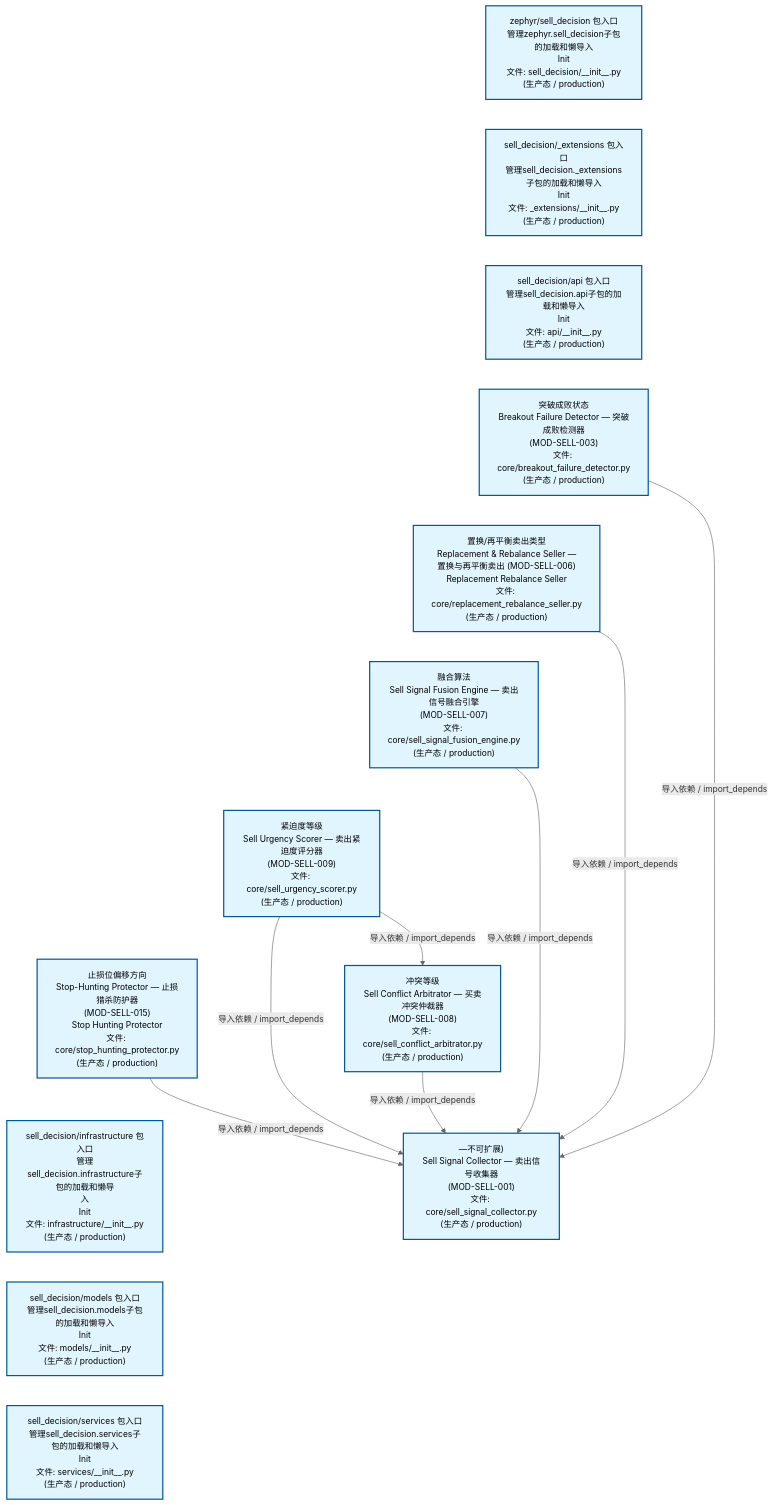
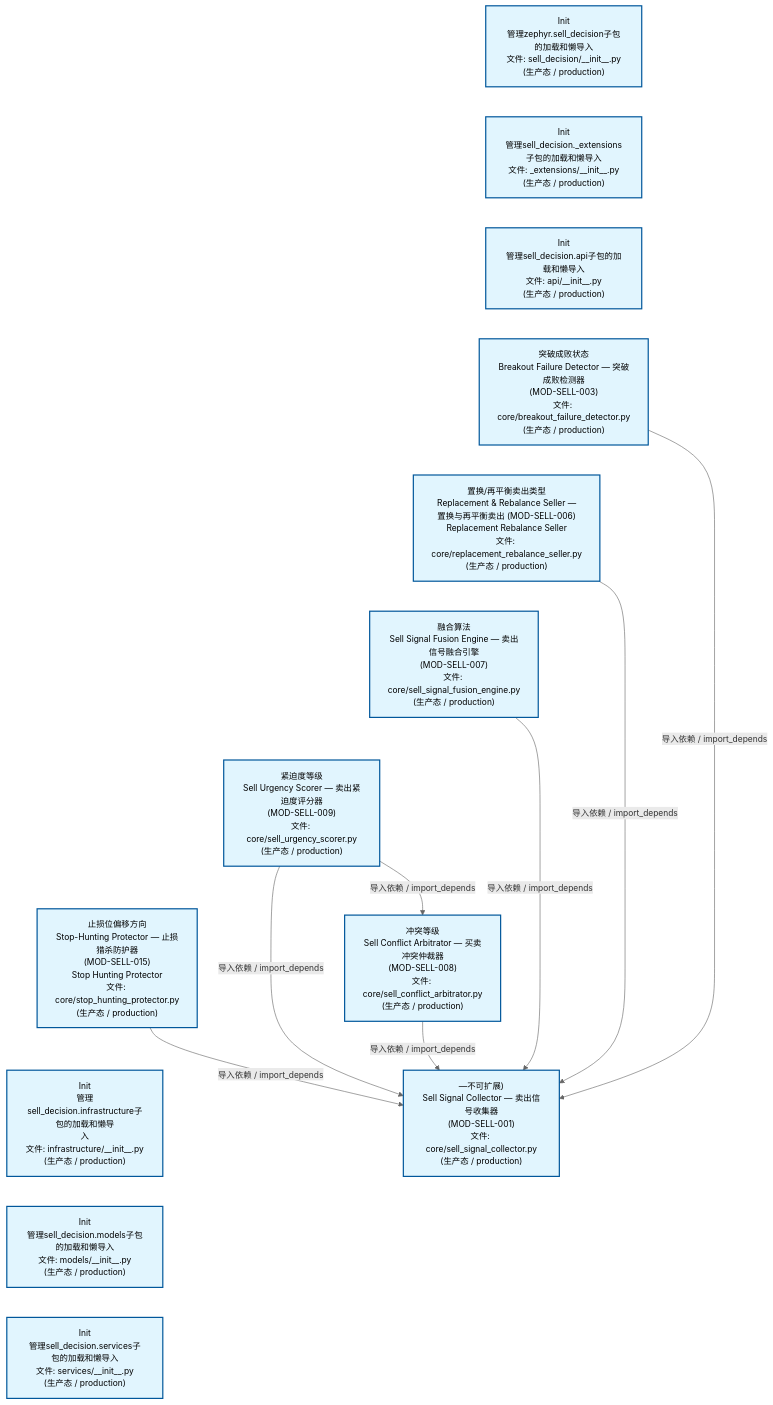
The second of 4 diagrams in docs/02_enterprise_architecture/02_domain_architecture_docs/67_d_sell_decision.md (xuanFelixVan/ZephyrAlpha), drawn with Mermaid before and after one commit. The commit also changed other lines of this file and 51 other files, not shown here.

````diff
--- a/docs/02_enterprise_architecture/02_domain_architecture_docs/67_d_sell_decision.md
+++ b/docs/02_enterprise_architecture/02_domain_architecture_docs/67_d_sell_decision.md
@@ -150,39 +150,39 @@
 ```mermaid
 %%{init: {'theme': 'base', 'themeVariables': {'primaryColor': '#eaeaea', 'primaryTextColor': '#333333', 'primaryBorderColor': '#666666', 'lineColor': '#666666', 'secondaryColor': '#eaeaea', 'tertiaryColor': '#eaeaea', 'fontSize': '14px'}}}%%
 flowchart TD
-    src_zephyr_sell_decision_init_py["zephyr/sell_decision 包入口<br/>管理zephyr.sell_decision子包的加载和懒导入<br/>Init<br/>文件: sell_decision/__init__.py<br/>(生产态 / production)"]
-    src_zephyr_sell_decision_extensions_init_py["sell_decision/_extensions 包入口<br/>管理sell_decision._extensions子包的加载和懒导入<br/>Init<br/>文件: _extensions/__init__.py<br/>(生产态 / production)"]
-    src_zephyr_sell_decision_api_init_py["sell_decision/api 包入口<br/>管理sell_decision.api子包的加载和懒导入<br/>Init<br/>文件: api/__init__.py<br/>(生产态 / production)"]
+    src_zephyr_sell_decision_init_py["Init<br/>管理zephyr.sell_decision子包的加载和懒导入<br/>文件: sell_decision/__init__.py<br/>(生产态 / production)"]
+    src_zephyr_sell_decision_extensions_init_py["Init<br/>管理sell_decision._extensions子包的加载和懒导入<br/>文件: _extensions/__init__.py<br/>(生产态 / production)"]
+    src_zephyr_sell_decision_api_init_py["Init<br/>管理sell_decision.api子包的加载和懒导入<br/>文件: api/__init__.py<br/>(生产态 / production)"]
     src_zephyr_sell_decision_core_breakout_failure_detector_py["突破成败状态<br/>Breakout Failure Detector — 突破成败检测器<br/>(MOD-SELL-003)<br/>文件: core/breakout_failure_detector.py<br/>(生产态 / production)"]
     src_zephyr_sell_decision_core_replacement_rebalance_seller_py["置换/再平衡卖出类型<br/>Replacement & Rebalance Seller —<br/>置换与再平衡卖出 (MOD-SELL-006)<br/>Replacement Rebalance Seller<br/>文件: core/replacement_rebalance_seller.py<br/>(生产态 / production)"]
     src_zephyr_sell_decision_core_sell_signal_fusion_engine_py["融合算法<br/>Sell Signal Fusion Engine — 卖出信号融合引擎<br/>(MOD-SELL-007)<br/>文件: core/sell_signal_fusion_engine.py<br/>(生产态 / production)"]
     src_zephyr_sell_decision_core_sell_urgency_scorer_py["紧迫度等级<br/>Sell Urgency Scorer — 卖出紧迫度评分器<br/>(MOD-SELL-009)<br/>文件: core/sell_urgency_scorer.py<br/>(生产态 / production)"]
     src_zephyr_sell_decision_core_stop_hunting_protector_py["止损位偏移方向<br/>Stop-Hunting Protector — 止损猎杀防护器<br/>(MOD-SELL-015)<br/>Stop Hunting Protector<br/>文件: core/stop_hunting_protector.py<br/>(生产态 / production)"]
-    src_zephyr_sell_decision_infrastructure_init_py["sell_decision/infrastructure 包入口<br/>管理sell_decision.infrastructure子包的加载和懒导<br/>入<br/>Init<br/>文件: infrastructure/__init__.py<br/>(生产态 / production)"]
-    src_zephyr_sell_decision_models_init_py["sell_decision/models 包入口<br/>管理sell_decision.models子包的加载和懒导入<br/>Init<br/>文件: models/__init__.py<br/>(生产态 / production)"]
-    src_zephyr_sell_decision_services_init_py["sell_decision/services 包入口<br/>管理sell_decision.services子包的加载和懒导入<br/>Init<br/>文件: services/__init__.py<br/>(生产态 / production)"]
+    src_zephyr_sell_decision_infrastructure_init_py["Init<br/>管理sell_decision.infrastructure子包的加载和懒导<br/>入<br/>文件: infrastructure/__init__.py<br/>(生产态 / production)"]
+    src_zephyr_sell_decision_models_init_py["Init<br/>管理sell_decision.models子包的加载和懒导入<br/>文件: models/__init__.py<br/>(生产态 / production)"]
+    src_zephyr_sell_decision_services_init_py["Init<br/>管理sell_decision.services子包的加载和懒导入<br/>文件: services/__init__.py<br/>(生产态 / production)"]
     src_zephyr_sell_decision_init_py ~~~ src_zephyr_sell_decision_extensions_init_py
     src_zephyr_sell_decision_extensions_init_py ~~~ src_zephyr_sell_decision_api_init_py
     src_zephyr_sell_decision_api_init_py ~~~ src_zephyr_sell_decision_core_breakout_failure_detector_py
     src_zephyr_sell_decision_core_breakout_failure_detector_py ~~~ src_zephyr_sell_decision_core_replacement_rebalance_seller_py
     src_zephyr_sell_decision_core_replacement_rebalance_seller_py ~~~ src_zephyr_sell_decision_core_sell_signal_fusion_engine_py
     src_zephyr_sell_decision_core_sell_signal_fusion_engine_py ~~~ src_zephyr_sell_decision_core_sell_urgency_scorer_py
     src_zephyr_sell_decision_core_sell_urgency_scorer_py ~~~ src_zephyr_sell_decision_core_stop_hunting_protector_py
     src_zephyr_sell_decision_core_stop_hunting_protector_py ~~~ src_zephyr_sell_decision_infrastructure_init_py
     src_zephyr_sell_decision_infrastructure_init_py ~~~ src_zephyr_sell_decision_models_init_py
     src_zephyr_sell_decision_models_init_py ~~~ src_zephyr_sell_decision_services_init_py
     src_zephyr_sell_decision_core_sell_conflict_arbitrator_py["冲突等级<br/>Sell Conflict Arbitrator — 买卖冲突仲裁器<br/>(MOD-SELL-008)<br/>文件: core/sell_conflict_arbitrator.py<br/>(生产态 / production)"]
     src_zephyr_sell_decision_core_sell_signal_collector_py["—不可扩展)<br/>Sell Signal Collector — 卖出信号收集器<br/>(MOD-SELL-001)<br/>文件: core/sell_signal_collector.py<br/>(生产态 / production)"]
     src_zephyr_sell_decision_core_replacement_rebalance_seller_py -->|导入依赖 / import_depends| src_zephyr_sell_decision_core_sell_signal_collector_py
     src_zephyr_sell_decision_core_sell_signal_fusion_engine_py -->|导入依赖 / import_depends| src_zephyr_sell_decision_core_sell_signal_collector_py
     src_zephyr_sell_decision_core_sell_conflict_arbitrator_py -->|导入依赖 / import_depends| src_zephyr_sell_decision_core_sell_signal_collector_py
     src_zephyr_sell_decision_core_sell_urgency_scorer_py -->|导入依赖 / import_depends| src_zephyr_sell_decision_core_sell_signal_collector_py
     src_zephyr_sell_decision_core_sell_urgency_scorer_py -->|导入依赖 / import_depends| src_zephyr_sell_decision_core_sell_conflict_arbitrator_py
     src_zephyr_sell_decision_core_stop_hunting_protector_py -->|导入依赖 / import_depends| src_zephyr_sell_decision_core_sell_signal_collector_py
     src_zephyr_sell_decision_core_breakout_failure_detector_py -->|导入依赖 / import_depends| src_zephyr_sell_decision_core_sell_signal_collector_py
     classDef production fill:#e1f5fe,stroke:#01579b,stroke-width:2px,color:#000
     classDef design fill:#fff3e0,stroke:#e65100,stroke-width:2px,color:#000,stroke-dasharray: 5 5
     classDef external_prod fill:#e8f4fd,stroke:#0277bd,stroke-width:1px,color:#000
     classDef external_design fill:#fff8e7,stroke:#ef6c00,stroke-width:1px,color:#000,stroke-dasharray: 5 5
     class src_zephyr_sell_decision_init_py,src_zephyr_sell_decision_extensions_init_py,src_zephyr_sell_decision_api_init_py,src_zephyr_sell_decision_core_breakout_failure_detector_py,src_zephyr_sell_decision_core_replacement_rebalance_seller_py,src_zephyr_sell_decision_core_sell_conflict_arbitrator_py,src_zephyr_sell_decision_core_sell_signal_collector_py,src_zephyr_sell_decision_core_sell_signal_fusion_engine_py,src_zephyr_sell_decision_core_sell_urgency_scorer_py,src_zephyr_sell_decision_core_stop_hunting_protector_py,src_zephyr_sell_decision_infrastructure_init_py,src_zephyr_sell_decision_models_init_py,src_zephyr_sell_decision_services_init_py production
 ```
````
